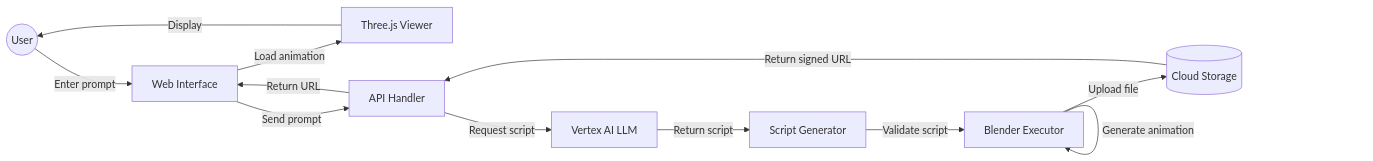
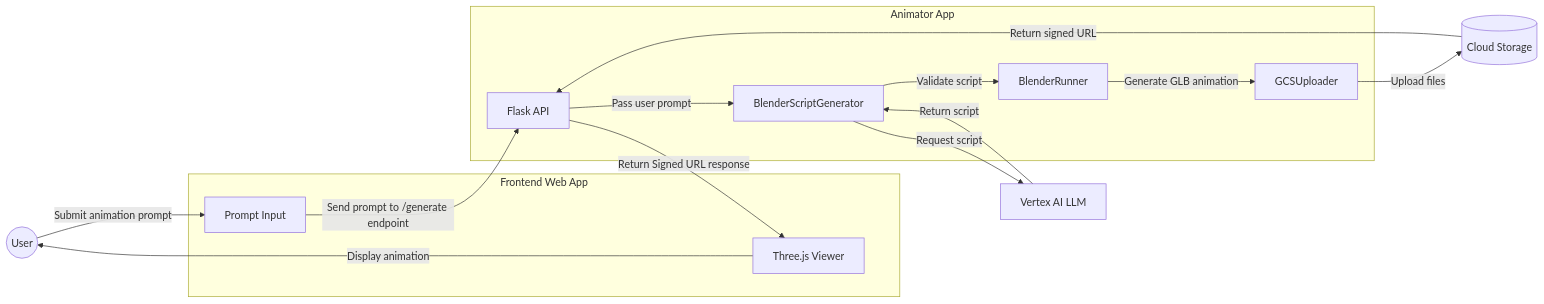
Before and after one commit to gallaglo/gcp-demos-notes-and-tricks: the diagram in run/animation/README.md, drawn with Mermaid.

Commit message:
Update flowchart (#34)

````diff
--- a/run/animation/README.md
+++ b/run/animation/README.md
@@ -16,23 +16,30 @@
 ```mermaid
 flowchart LR
     User((User))
-    WebUI[Web Interface]
-    ThreeJS[Three.js Viewer]
-    APIHandler[API Handler]
-    ScriptGen[Script Generator]
-    BlenderExec[Blender Executor]
+    GCS[(Cloud Storage)]
     VertexAI[Vertex AI LLM]
-    GCS[(Cloud Storage)]
-
-    User -->|Enter prompt| WebUI
-    WebUI -->|Send prompt| APIHandler
-    APIHandler -->|Request script| VertexAI
-    VertexAI -->|Return script| ScriptGen
-    ScriptGen -->|Validate script| BlenderExec
-    BlenderExec -->|Generate animation| BlenderExec
-    BlenderExec -->|Upload file| GCS
-    GCS -->|Return signed URL| APIHandler
-    APIHandler -->|Return URL| WebUI
-    WebUI -->|Load animation| ThreeJS
-    ThreeJS -->|Display| User
+    
+    subgraph "Frontend Web App"
+        WebUI[Prompt Input]
+        ThreeJS[Three.js Viewer]
+    end
+    
+    subgraph "Animator App"
+        FlaskAPI[Flask API]
+        BlenderScriptGen[BlenderScriptGenerator]
+        BlenderRunner[BlenderRunner]
+        GCSUploader[GCSUploader]
+    end
+    
+    User -->|"Submit animation prompt"| WebUI
+    WebUI -->|"Send prompt to /generate endpoint"| FlaskAPI
+    FlaskAPI -->|"Pass user prompt"| BlenderScriptGen
+    BlenderScriptGen -->|"Request script"| VertexAI
+    VertexAI -->|"Return script"| BlenderScriptGen
+    BlenderScriptGen -->|"Validate script"| BlenderRunner
+    BlenderRunner -->|"Generate GLB animation"| GCSUploader
+    GCSUploader -->|"Upload files"| GCS
+    GCS -->|"Return signed URL"| FlaskAPI
+    FlaskAPI -->|"Return Signed URL response"| ThreeJS
+    ThreeJS -->|"Display animation"| User
 ```
````
